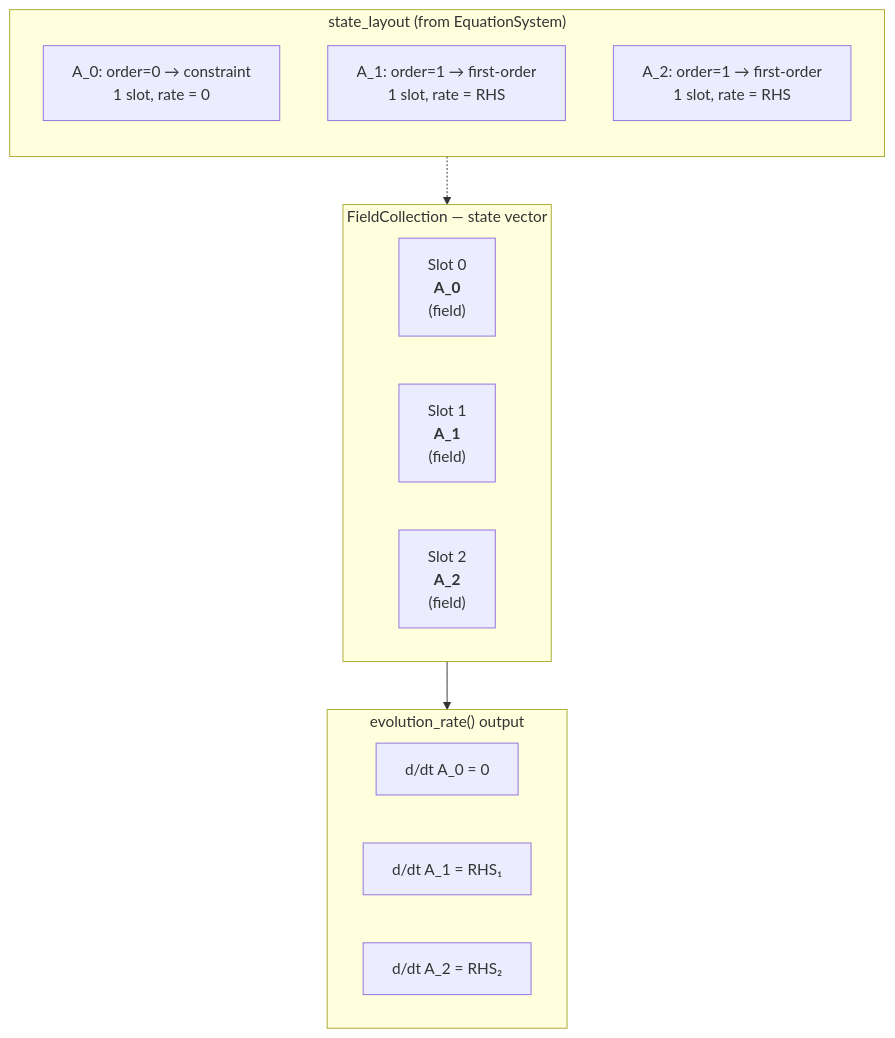
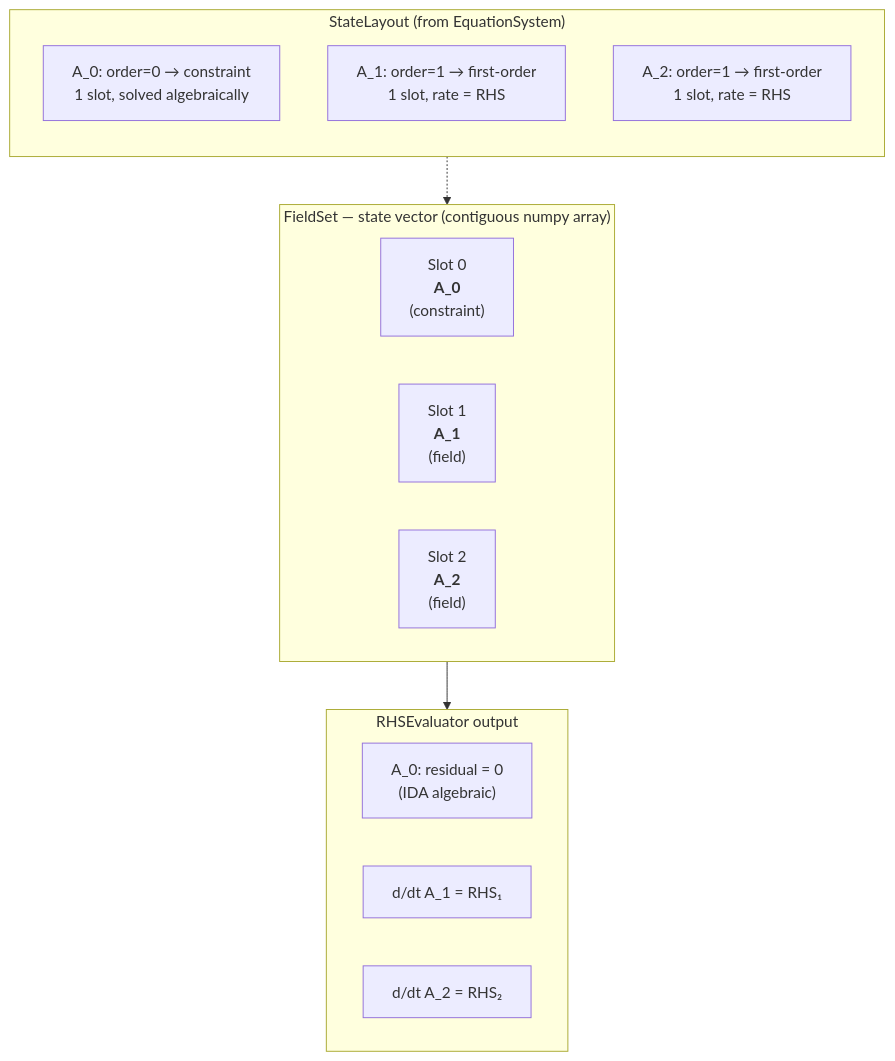
One commit to WilliamRoyce/tidal changed the third of 5 diagrams in docs/architecture/README.md. Above: the diagram before and after it, drawn with Mermaid. The commit also changed other lines of this file and 10 other files, not shown here.

````diff
--- a/docs/architecture/README.md
+++ b/docs/architecture/README.md
@@ -128,26 +159,26 @@
 ```mermaid
 flowchart TB
-    subgraph state["FieldCollection — state vector"]
+    subgraph state["FieldSet — state vector (contiguous numpy array)"]
         direction LR
-        s0["Slot 0<br/><b>A_0</b><br/>(field)"]
+        s0["Slot 0<br/><b>A_0</b><br/>(constraint)"]
         s1["Slot 1<br/><b>A_1</b><br/>(field)"]
         s2["Slot 2<br/><b>A_2</b><br/>(field)"]
     end
 
-    subgraph layout["state_layout (from EquationSystem)"]
+    subgraph layout["StateLayout (from EquationSystem)"]
         direction TB
-        l0["A_0: order=0 → constraint<br/>1 slot, rate = 0"]
+        l0["A_0: order=0 → constraint<br/>1 slot, solved algebraically"]
         l1["A_1: order=1 → first-order<br/>1 slot, rate = RHS"]
         l2["A_2: order=1 → first-order<br/>1 slot, rate = RHS"]
     end
 
-    subgraph rates["evolution_rate() output"]
+    subgraph rates["RHSEvaluator output"]
         direction LR
-        r0["d/dt A_0 = 0"]
+        r0["A_0: residual = 0<br/>(IDA algebraic)"]
         r1["d/dt A_1 = RHS₁"]
         r2["d/dt A_2 = RHS₂"]
     end
 
     layout -.-> state
     state --> rates
 ```
````
